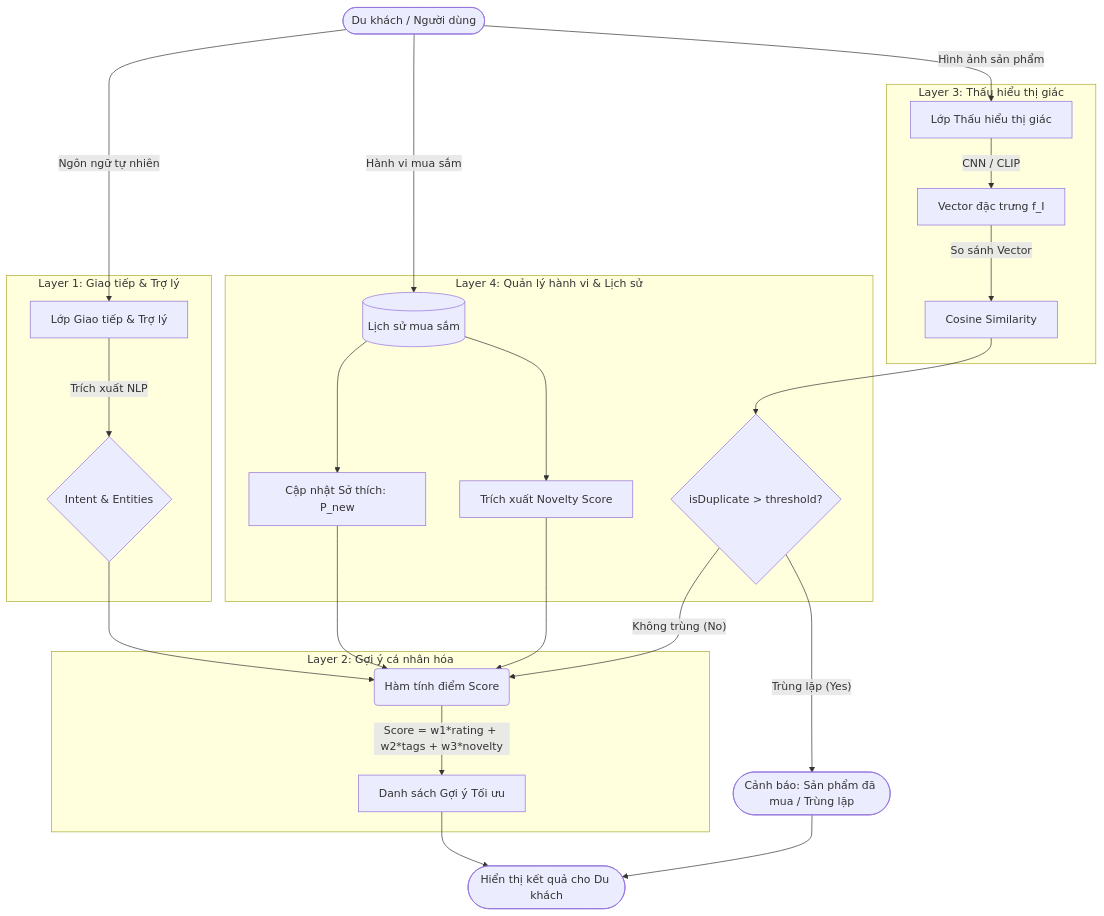
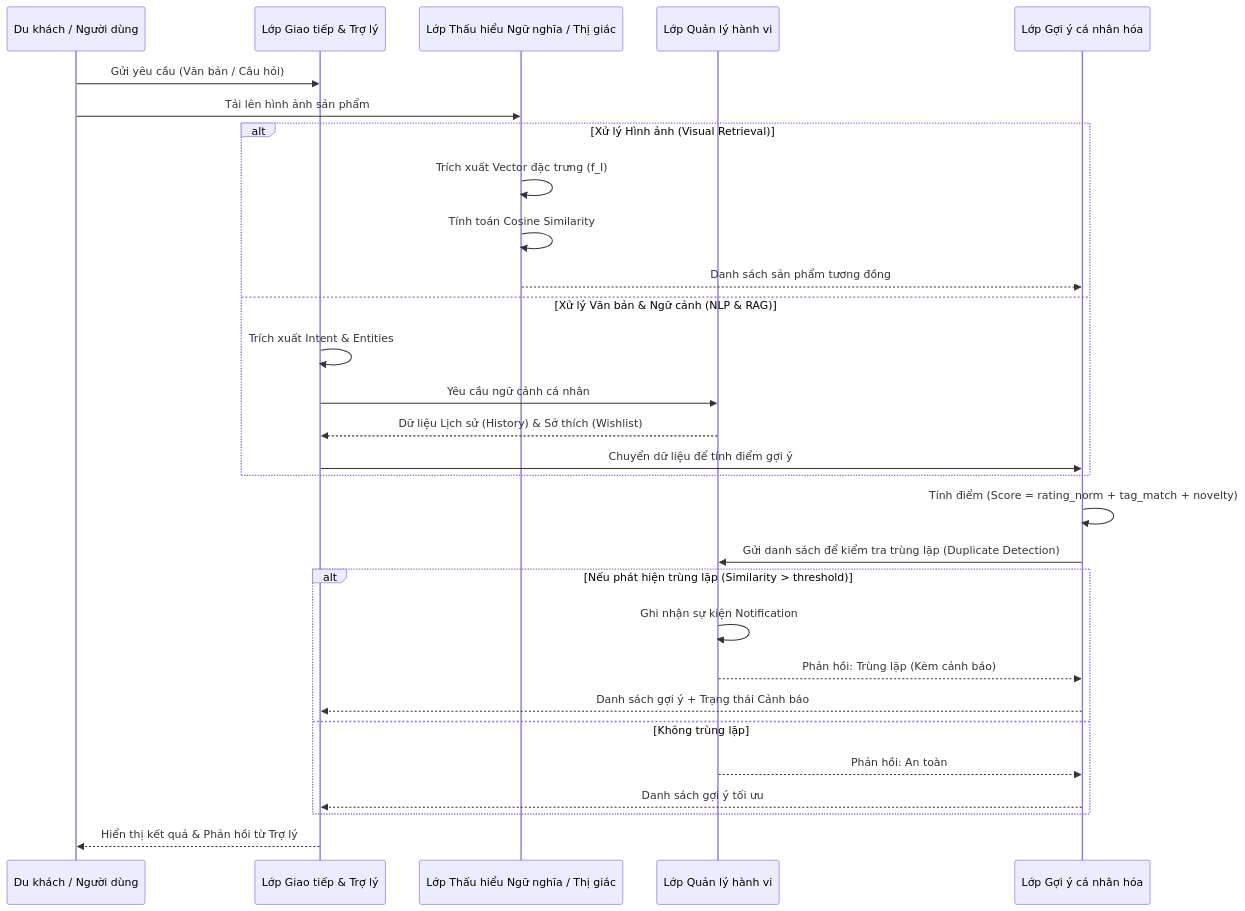
The diagram in task_doc/Minh_abstraction.md (KhangDinh610/Smart-Travel-System-Project), drawn with Mermaid before and after one commit. The commit also changed other lines of this file, not shown here.

````diff
--- a/task_doc/Minh_abstraction.md
+++ b/task_doc/Minh_abstraction.md
@@ -69,42 +73,36 @@
 ```mermaid
-flowchart TB
-    User(["Du khách / Người dùng"])
+sequenceDiagram
+    participant User as Du khách / Người dùng
+    participant L1 as Lớp Giao tiếp & Trợ lý
+    participant L3 as Lớp Thấu hiểu Ngữ nghĩa / Thị giác
+    participant L4 as Lớp Quản lý hành vi
+    participant L2 as Lớp Gợi ý cá nhân hóa
+
+    User->>L1: Gửi yêu cầu (Văn bản / Câu hỏi)
+    User->>L3: Tải lên hình ảnh sản phẩm
     
-    %% Inputs from User
-    User -- "Ngôn ngữ tự nhiên" --> L1_Input["Lớp Giao tiếp & Trợ lý"]
-    User -- "Hình ảnh sản phẩm" --> L3_Visual["Lớp Thấu hiểu thị giác"]
-    User -- "Hành vi mua sắm" --> DB_History[("Lịch sử mua sắm")]
-
-    %% Layer 1: Input & Assistant
-    subgraph Layer 1: Giao tiếp & Trợ lý
-        L1_Input -- "Trích xuất NLP" --> NLP_Data{"Intent & Entities"}
+    alt Xử lý Hình ảnh (Visual Retrieval)
+        L3->>L3: Trích xuất Vector đặc trưng (f_I)
+        L3->>L3: Tính toán Cosine Similarity
+        L3-->>L2: Danh sách sản phẩm tương đồng
+    else Xử lý Văn bản & Ngữ cảnh (NLP & RAG)
+        L1->>L1: Trích xuất Intent & Entities
+        L1->>L4: Yêu cầu ngữ cảnh cá nhân
+        L4-->>L1: Dữ liệu Lịch sử (History) & Sở thích (Wishlist)
+        L1->>L2: Chuyển dữ liệu để tính điểm gợi ý
     end
-
-    %% Layer 3: Visual Retrieval
-    subgraph Layer 3: Thấu hiểu thị giác
-        L3_Visual -- "CNN / CLIP" --> Embedding["Vector đặc trưng f_I"]
-        Embedding -- "So sánh Vector" --> CosineSim["Cosine Similarity"]
+    
+    L2->>L2: Tính điểm (Score = rating_norm + tag_match + novelty)
+    L2->>L4: Gửi danh sách để kiểm tra trùng lặp (Duplicate Detection)
+    
+    alt Nếu phát hiện trùng lặp (Similarity > threshold)
+        L4->>L4: Ghi nhận sự kiện Notification
+        L4-->>L2: Phản hồi: Trùng lặp (Kèm cảnh báo)
+        L2-->>L1: Danh sách gợi ý + Trạng thái Cảnh báo
+    else Không trùng lặp
+        L4-->>L2: Phản hồi: An toàn
+        L2-->>L1: Danh sách gợi ý tối ưu
     end
-
-    %% Layer 4: Preference & Duplicate Management
-    subgraph Layer 4: Quản lý hành vi & Lịch sử
-        DB_History --> PrefUpdate["Cập nhật Sở thích: P_new"]
-        DB_History --> NoveltyCheck["Trích xuất Novelty Score"]
-        CosineSim --> DupCheck{"isDuplicate > threshold?"}
-    end
-
-    %% Layer 2: Recommendation Engine
-    subgraph Layer 2: Gợi ý cá nhân hóa
-        NLP_Data --> ScoringFunc("Hàm tính điểm Score")
-        PrefUpdate --> ScoringFunc
-        NoveltyCheck --> ScoringFunc
-        ScoringFunc -- "Score = w1*rating + w2*tags + w3*novelty" --> RankedList["Danh sách Gợi ý Tối ưu"]
-    end
-
-    %% Routing and Output
-    DupCheck -- "Trùng lặp (Yes)" --> Warning(["Cảnh báo: Sản phẩm đã mua / Trùng lặp"])
-    DupCheck -- "Không trùng (No)" --> ScoringFunc
     
-    RankedList --> Output(["Hiển thị kết quả cho Du khách"])
-    Warning --> Output
+    L1-->>User: Hiển thị kết quả & Phản hồi từ Trợ lý
 ```
````
